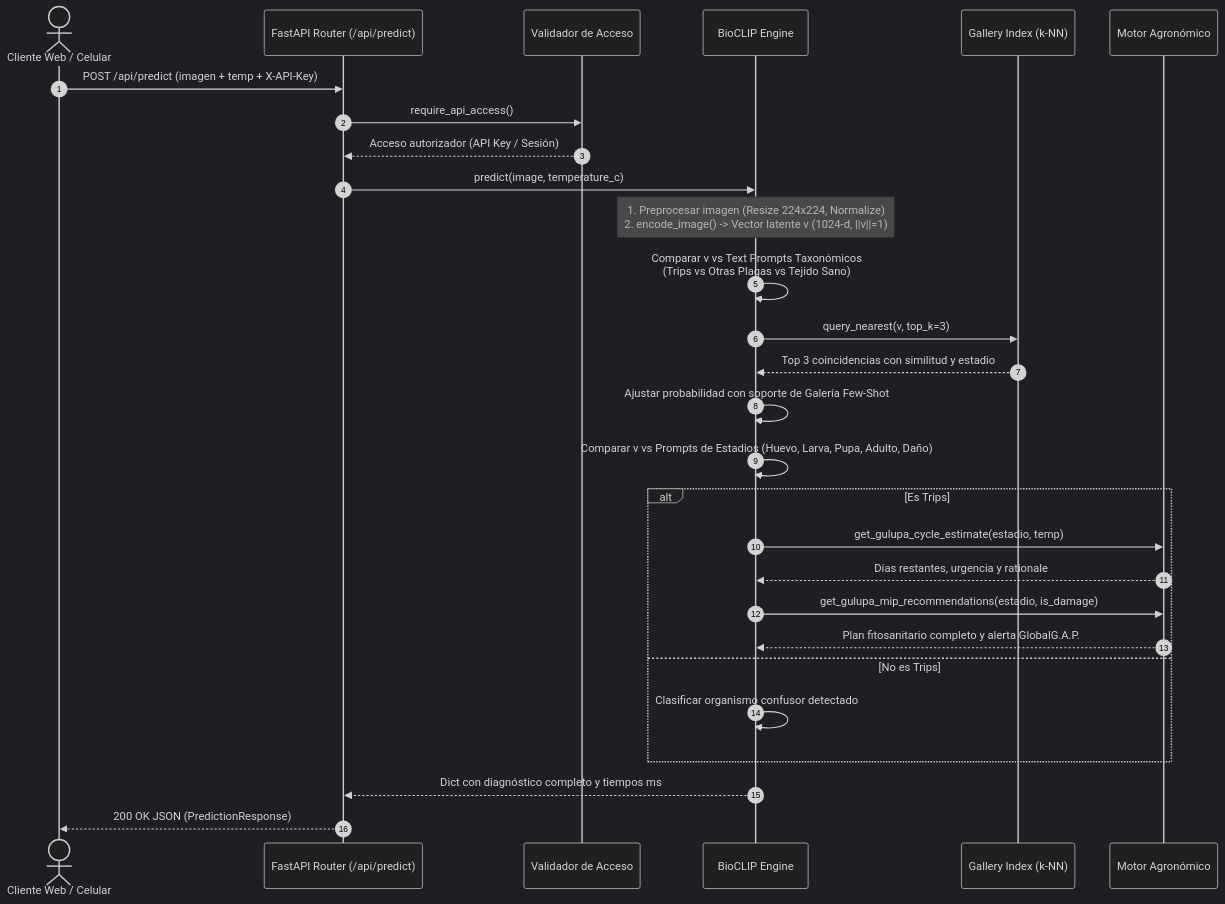
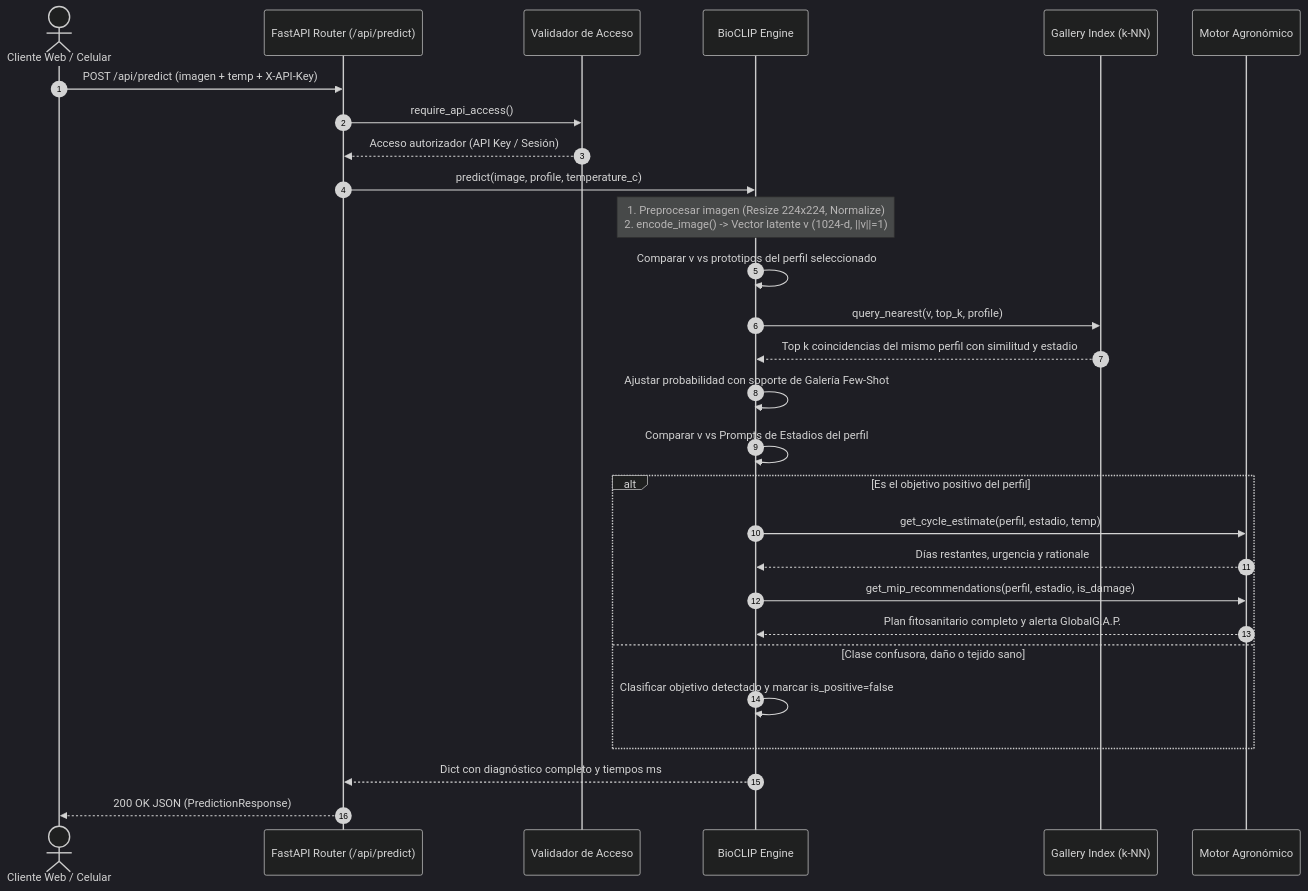
The second of 2 diagrams in docs/ARCHITECTURE.md (VoctorMCL/macollo-trips-api), drawn with Mermaid (dark theme) before and after one commit. The commit also changed other lines of this file and 61 other files, not shown here.

````diff
--- a/docs/ARCHITECTURE.md
+++ b/docs/ARCHITECTURE.md
@@ -117,36 +118,36 @@
 ```mermaid
 sequenceDiagram
     autonumber
     actor Cliente as Cliente Web / Celular
     participant API as FastAPI Router (/api/predict)
     participant Auth as Validador de Acceso
     participant Bio as BioCLIP Engine
     participant Gal as Gallery Index (k-NN)
     participant Agro as Motor Agronómico
 
     Cliente->>API: POST /api/predict (imagen + temp + X-API-Key)
     API->>Auth: require_api_access()
     Auth-->>API: Acceso autorizador (API Key / Sesión)
     
-    API->>Bio: predict(image, temperature_c)
+    API->>Bio: predict(image, profile, temperature_c)
     Note over Bio: 1. Preprocesar imagen (Resize 224x224, Normalize)<br/>2. encode_image() -> Vector latente v (1024-d, ||v||=1)
     
-    Bio->>Bio: Comparar v vs Text Prompts Taxonómicos<br/>(Trips vs Otras Plagas vs Tejido Sano)
-    Bio->>Gal: query_nearest(v, top_k=3)
-    Gal-->>Bio: Top 3 coincidencias con similitud y estadio
+    Bio->>Bio: Comparar v vs prototipos del perfil seleccionado
+    Bio->>Gal: query_nearest(v, top_k, profile)
+    Gal-->>Bio: Top k coincidencias del mismo perfil con similitud y estadio
     
     Bio->>Bio: Ajustar probabilidad con soporte de Galería Few-Shot
-    Bio->>Bio: Comparar v vs Prompts de Estadios (Huevo, Larva, Pupa, Adulto, Daño)
+    Bio->>Bio: Comparar v vs Prompts de Estadios del perfil
     
-    alt Es Trips
-        Bio->>Agro: get_gulupa_cycle_estimate(estadio, temp)
+    alt Es el objetivo positivo del perfil
+        Bio->>Agro: get_cycle_estimate(perfil, estadio, temp)
         Agro-->>Bio: Días restantes, urgencia y rationale
-        Bio->>Agro: get_gulupa_mip_recommendations(estadio, is_damage)
+        Bio->>Agro: get_mip_recommendations(perfil, estadio, is_damage)
         Agro-->>Bio: Plan fitosanitario completo y alerta GlobalG.A.P.
-    else No es Trips
-        Bio->>Bio: Clasificar organismo confusor detectado
+    else Clase confusora, daño o tejido sano
+        Bio->>Bio: Clasificar objetivo detectado y marcar is_positive=false
     end
 
     Bio-->>API: Dict con diagnóstico completo y tiempos ms
     API-->>Cliente: 200 OK JSON (PredictionResponse)
 ```
````
